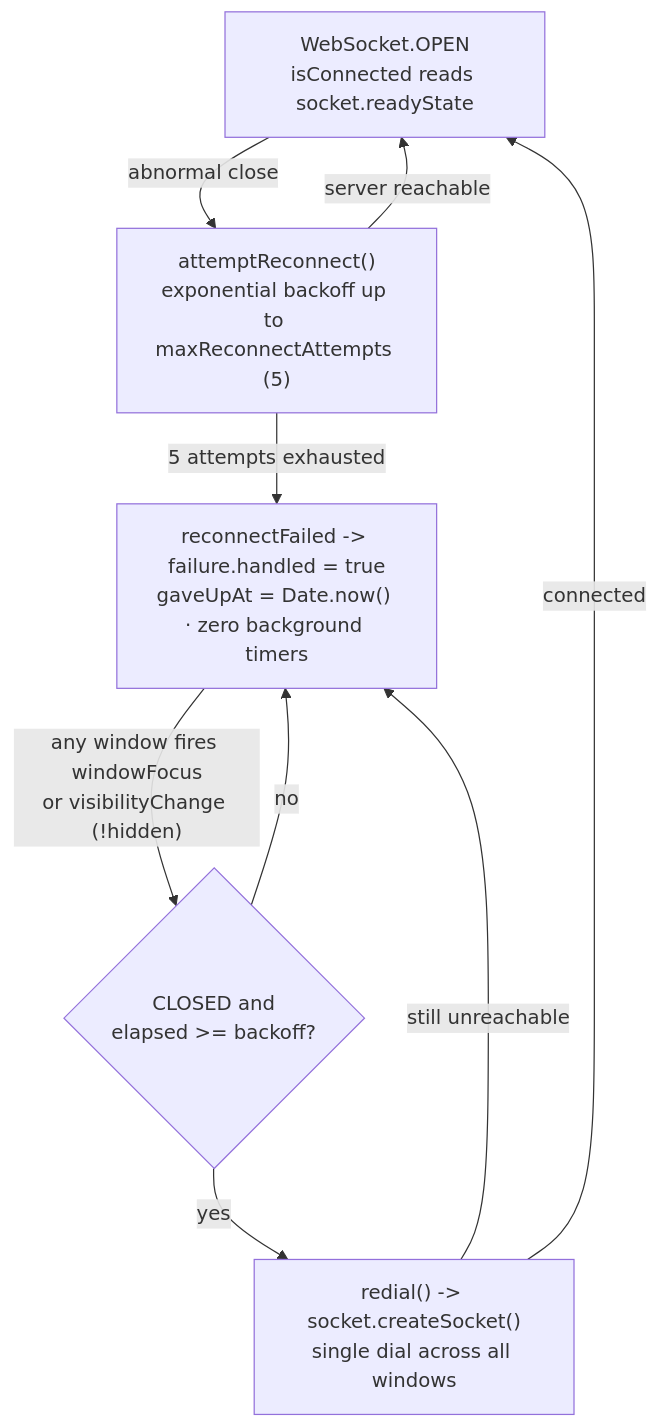
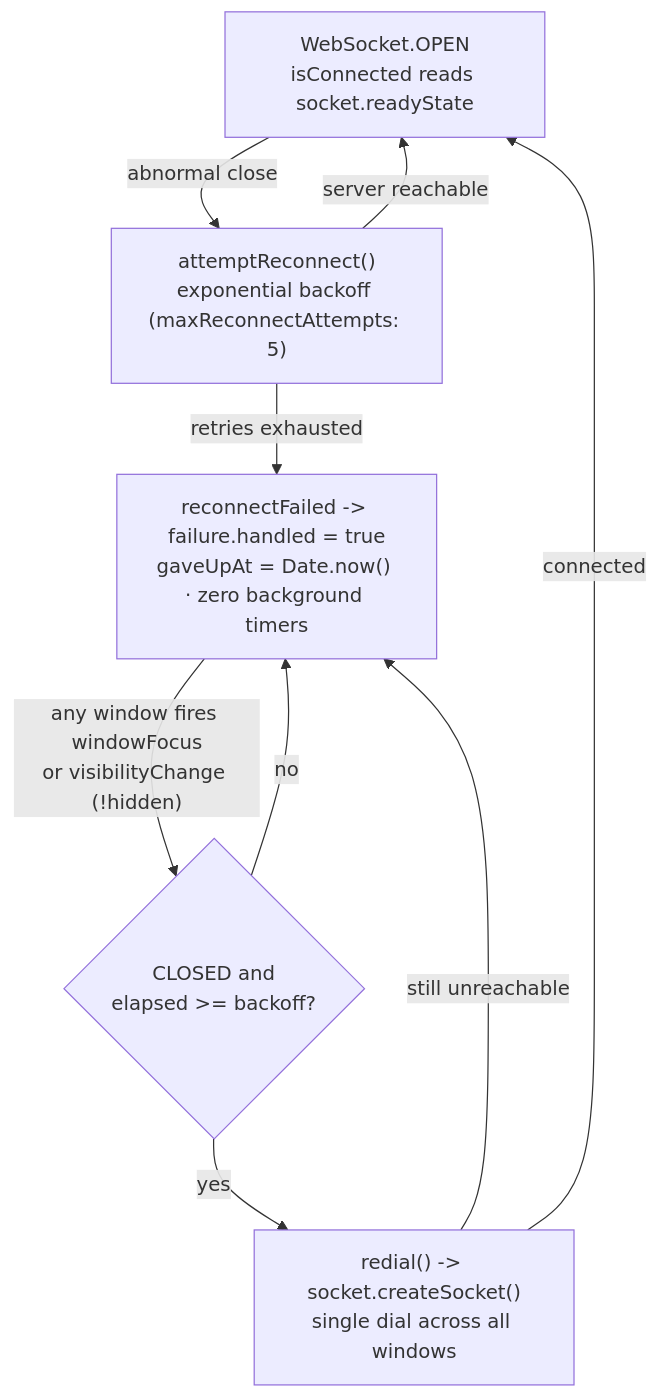
Before and after one commit to neomjs/neo: the second of 2 diagrams in learn/blog/one-websocket-across-browser-windows-with-sharedworkers.md, drawn with Mermaid. The commit also changed other lines of this file and 2 other files, not shown here.

````diff
--- a/learn/blog/one-websocket-across-browser-windows-with-sharedworkers.md
+++ b/learn/blog/one-websocket-across-browser-windows-with-sharedworkers.md
@@ -157,11 +157,11 @@
 ```mermaid
 flowchart TD
-    openState["WebSocket.OPEN<br/>isConnected reads socket.readyState"] -- "abnormal close" --> retry["attemptReconnect()<br/>exponential backoff up to maxReconnectAttempts (5)"]
+    openState["WebSocket.OPEN<br/>isConnected reads socket.readyState"] -- "abnormal close" --> retry["attemptReconnect()<br/>exponential backoff (maxReconnectAttempts: 5)"]
     retry -- "server reachable" --> openState
-    retry -- "5 attempts exhausted" --> quiet["reconnectFailed -> failure.handled = true<br/>gaveUpAt = Date.now() · zero background timers"]
+    retry -- "retries exhausted" --> quiet["reconnectFailed -> failure.handled = true<br/>gaveUpAt = Date.now() · zero background timers"]
     quiet -- "any window fires windowFocus<br/>or visibilityChange (!hidden)" --> gate{"CLOSED and<br/>elapsed >= backoff?"}
     gate -- "no" --> quiet
     gate -- "yes" --> dial["redial() -> socket.createSocket()<br/>single dial across all windows"]
     dial -- "connected" --> openState
     dial -- "still unreachable" --> quiet
 ```
````
